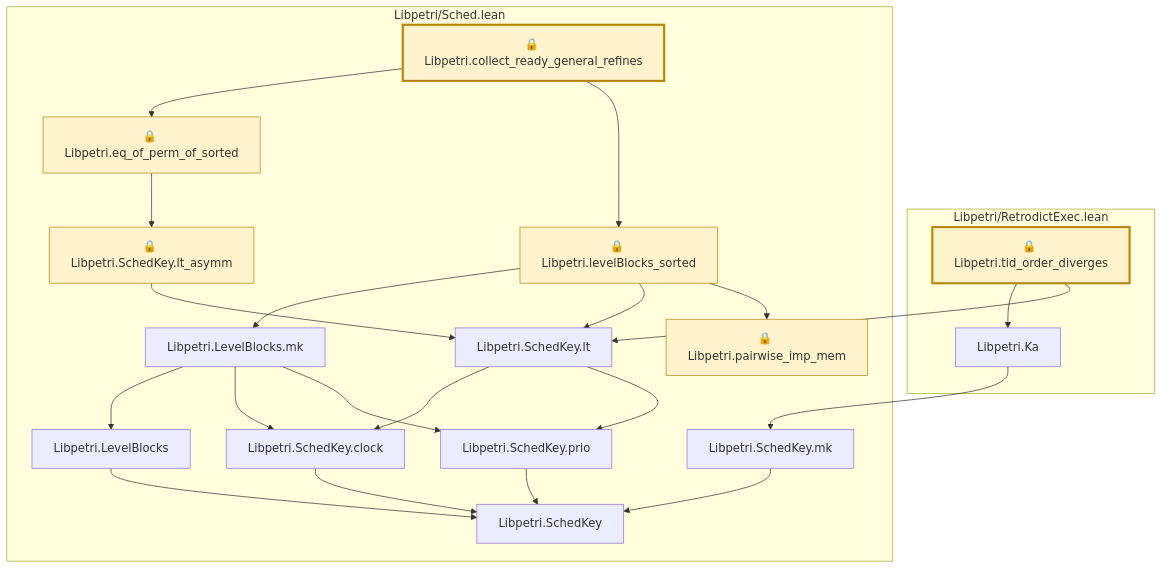
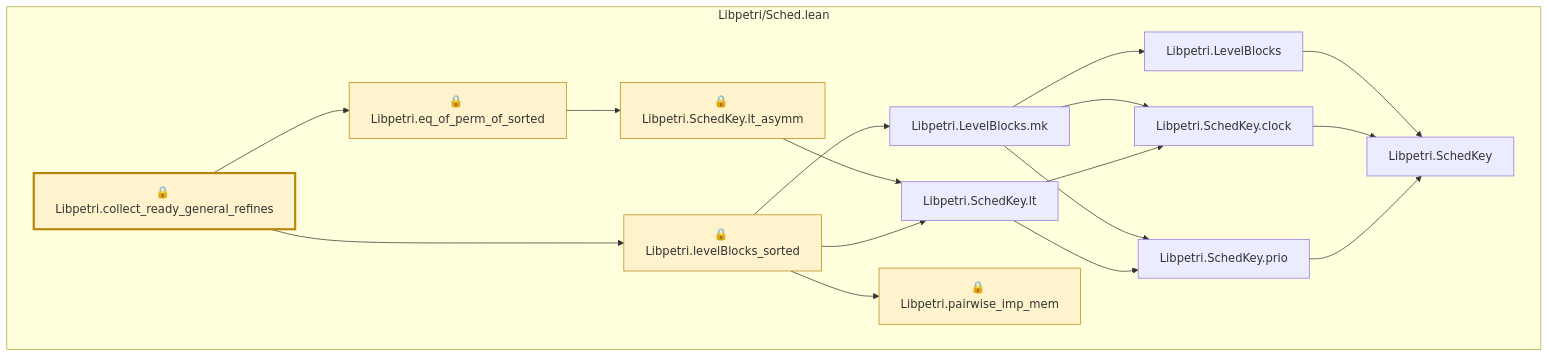
Before and after one commit to debe/libpetri: the third of 4 diagrams in lean/graph/requirements/EXEC-002.md, drawn with Mermaid. The commit also changed other lines of this file and 74 other files, not shown here.

First line of the commit message:
feat(spec): Lean requirement blocks for TIME-001..006, 011..013, 015 and EXEC-002

````diff
--- a/lean/graph/requirements/EXEC-002.md
+++ b/lean/graph/requirements/EXEC-002.md
@@ -10,45 +166,36 @@
 ```mermaid
 flowchart TD
-  subgraph g0["Libpetri/RetrodictExec.lean"]
-    n82["Libpetri.Ka"]
-    n4422["🔒 Libpetri.tid_order_diverges"]
-  end
-  subgraph g1["Libpetri/Sched.lean"]
+  subgraph g0["Libpetri/Sched.lean"]
     n84["Libpetri.LevelBlocks"]
     n87["Libpetri.LevelBlocks.mk"]
-    n2811["Libpetri.SchedKey"]
-    n2812["Libpetri.SchedKey.clock"]
-    n2813["Libpetri.SchedKey.lt"]
-    n2814["🔒 Libpetri.SchedKey.lt_asymm"]
-    n2817["Libpetri.SchedKey.mk"]
-    n2818["Libpetri.SchedKey.prio"]
-    n4162["🔒 Libpetri.collect_ready_general_refines"]
-    n4223["🔒 Libpetri.eq_of_perm_of_sorted"]
-    n4299["🔒 Libpetri.levelBlocks_sorted"]
-    n4324["🔒 Libpetri.pairwise_imp_mem"]
+    n2812["Libpetri.SchedKey"]
+    n2813["Libpetri.SchedKey.clock"]
+    n2814["Libpetri.SchedKey.lt"]
+    n2815["🔒 Libpetri.SchedKey.lt_asymm"]
+    n2819["Libpetri.SchedKey.prio"]
+    n4754["🔒 Libpetri.collect_ready_general_refines"]
+    n4815["🔒 Libpetri.eq_of_perm_of_sorted"]
+    n4891["🔒 Libpetri.levelBlocks_sorted"]
+    n4916["🔒 Libpetri.pairwise_imp_mem"]
   end
-  n82 --> n2817
-  n84 --> n2811
+  n84 --> n2812
   n87 --> n84
-  n87 --> n2812
-  n87 --> n2818
-  n2812 --> n2811
+  n87 --> n2813
+  n87 --> n2819
   n2813 --> n2812
-  n2813 --> n2818
   n2814 --> n2813
-  n2817 --> n2811
-  n2818 --> n2811
-  n4162 --> n4223
-  n4162 --> n4299
-  n4223 --> n2814
-  n4299 --> n87
-  n4299 --> n2813
-  n4299 --> n4324
-  n4422 --> n82
-  n4422 --> n2813
+  n2814 --> n2819
+  n2815 --> n2814
+  n2819 --> n2812
+  n4754 --> n4815
+  n4754 --> n4891
+  n4815 --> n2815
+  n4891 --> n87
+  n4891 --> n2814
+  n4891 --> n4916
   classDef root stroke-width:3px
   classDef locked fill:#fff3cd,stroke:#b8860b
   classDef collapsed fill:#eeeeee,stroke-dasharray:4 4
-  class n4162,n4422 root
-  class n2814,n4162,n4223,n4299,n4324,n4422 locked
+  class n4754 root
+  class n2815,n4754,n4815,n4891,n4916 locked
 ```
````
